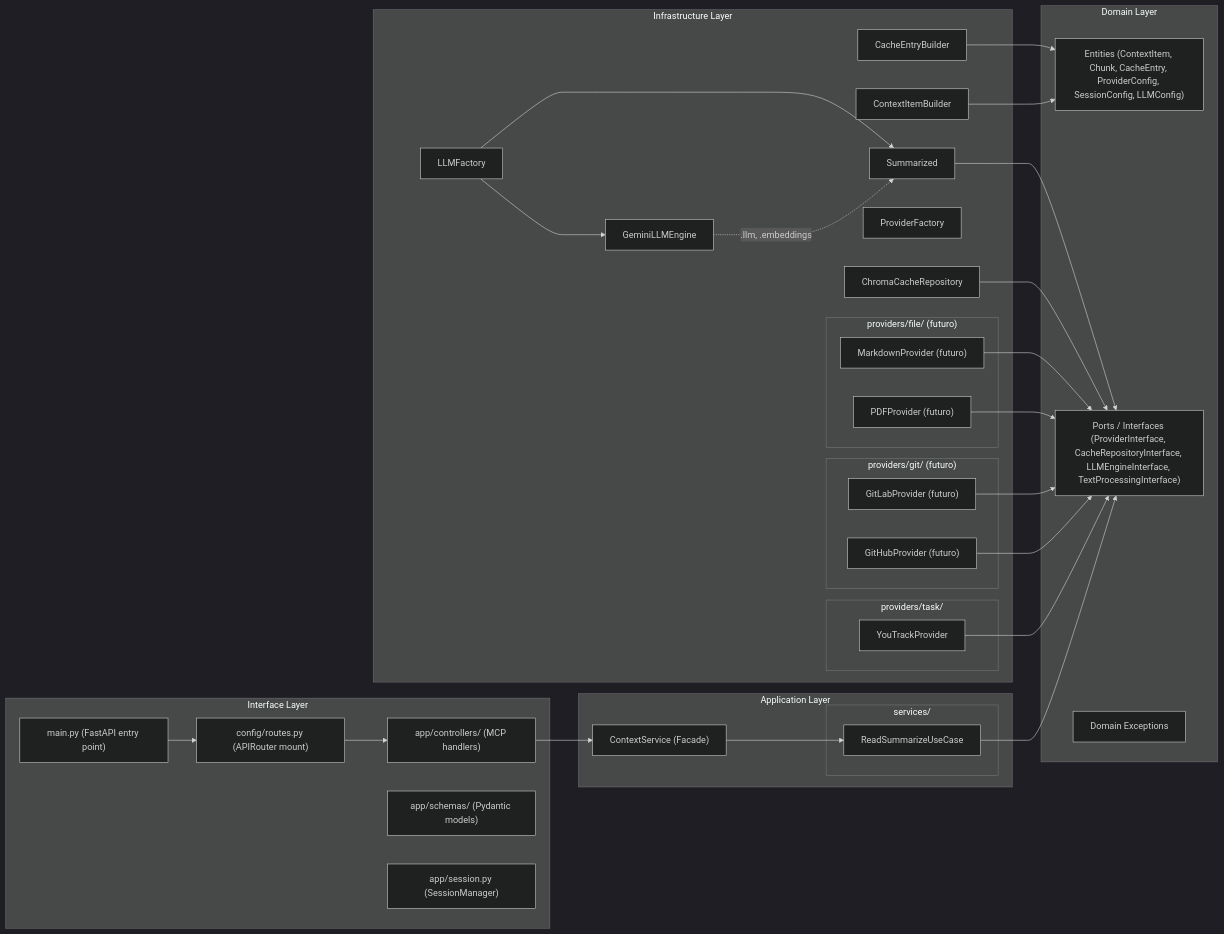
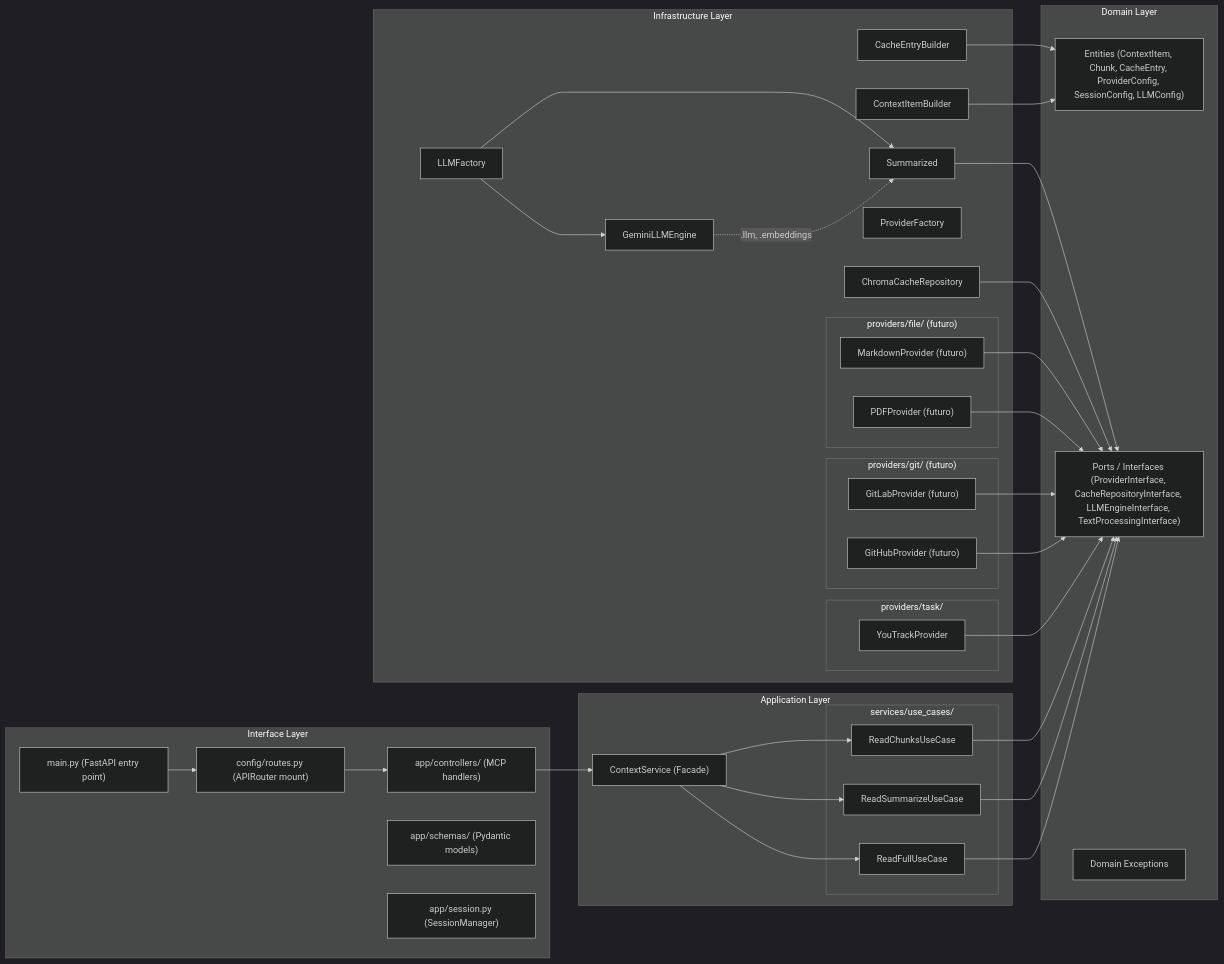
One commit to remolacho/ContextForge changed the second of 7 diagrams in .kiro/specs/contextforge/design.md. Above: the diagram before and after it, drawn with Mermaid (dark theme). The commit also changed other lines of this file and 33 other files, not shown here.

````diff
--- a/.kiro/specs/contextforge/design.md
+++ b/.kiro/specs/contextforge/design.md
@@ -33,59 +33,65 @@
 ```mermaid
 graph LR
     subgraph "Interface Layer"
         MAIN["main.py (FastAPI entry point)"]
         ROUTES["config/routes.py (APIRouter mount)"]
         CTRL["app/controllers/ (MCP handlers)"]
         SCH["app/schemas/ (Pydantic models)"]
         SM["app/session.py (SessionManager)"]
     end
     subgraph "Application Layer"
         SVC["ContextService (Facade)"]
-        subgraph "services/"
+        subgraph "services/use_cases/"
+            RF["ReadFullUseCase"]
             RS["ReadSummarizeUseCase"]
+            RC["ReadChunksUseCase"]
         end
     end
     subgraph "Domain Layer"
         E["Entities (ContextItem, Chunk, CacheEntry, ProviderConfig, SessionConfig, LLMConfig)"]
         P["Ports / Interfaces (ProviderInterface, CacheRepositoryInterface, LLMEngineInterface, TextProcessingInterface)"]
         EX["Domain Exceptions"]
     end
     subgraph "Infrastructure Layer"
         PF["ProviderFactory"]
         subgraph "providers/task/"
             YT["YouTrackProvider"]
         end
         subgraph "providers/git/ (futuro)"
             GH["GitHubProvider (futuro)"]
             GL["GitLabProvider (futuro)"]
         end
         subgraph "providers/file/ (futuro)"
             PDF["PDFProvider (futuro)"]
             MD["MarkdownProvider (futuro)"]
         end
         CH["ChromaCacheRepository"]
         GE["GeminiLLMEngine"]
         SUM["Summarized"]
         LF["LLMFactory"]
         CB["ContextItemBuilder"]
         CEB["CacheEntryBuilder"]
     end
 
     MAIN --> ROUTES
     ROUTES --> CTRL
     CTRL --> SVC
+    SVC --> RF
     SVC --> RS
+    SVC --> RC
+    RF --> P
     RS --> P
+    RC --> P
     YT --> P
     GH --> P
     GL --> P
     PDF --> P
     MD --> P
     CH --> P
     GE -.->|".llm, .embeddings"| SUM
     SUM --> P
     LF --> GE
     LF --> SUM
     CB --> E
     CEB --> E
 ```
````
